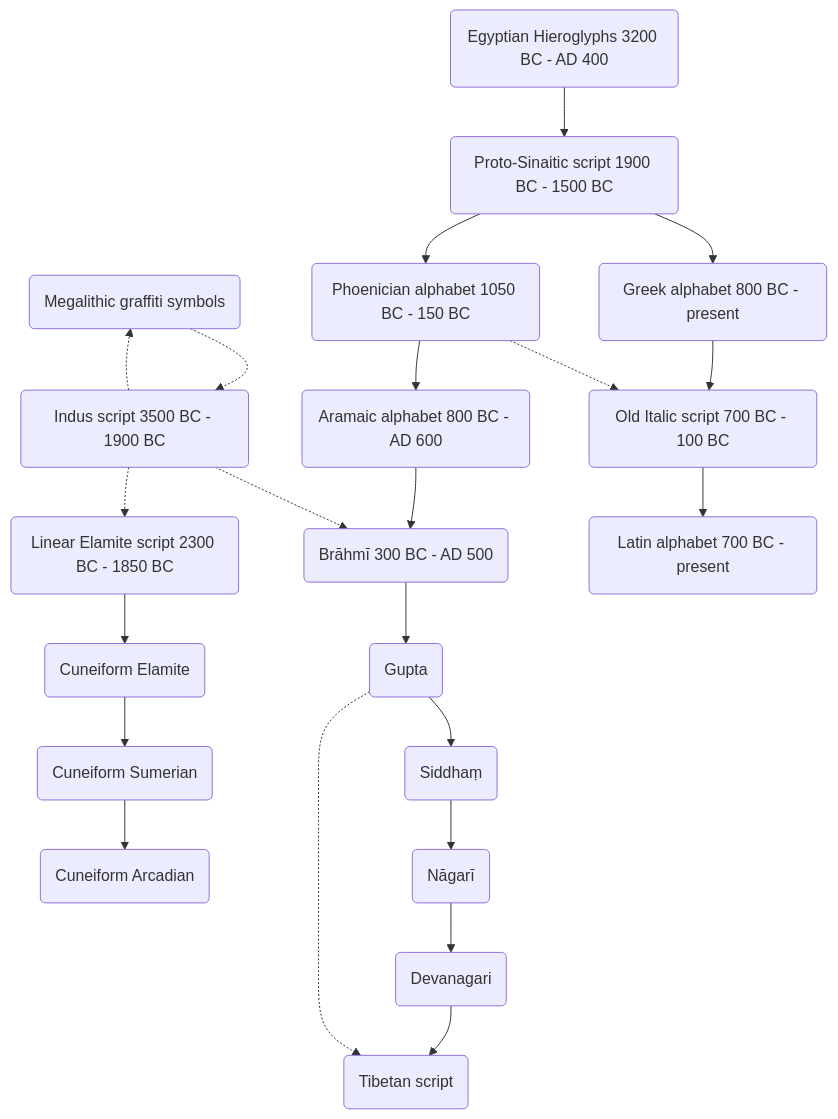
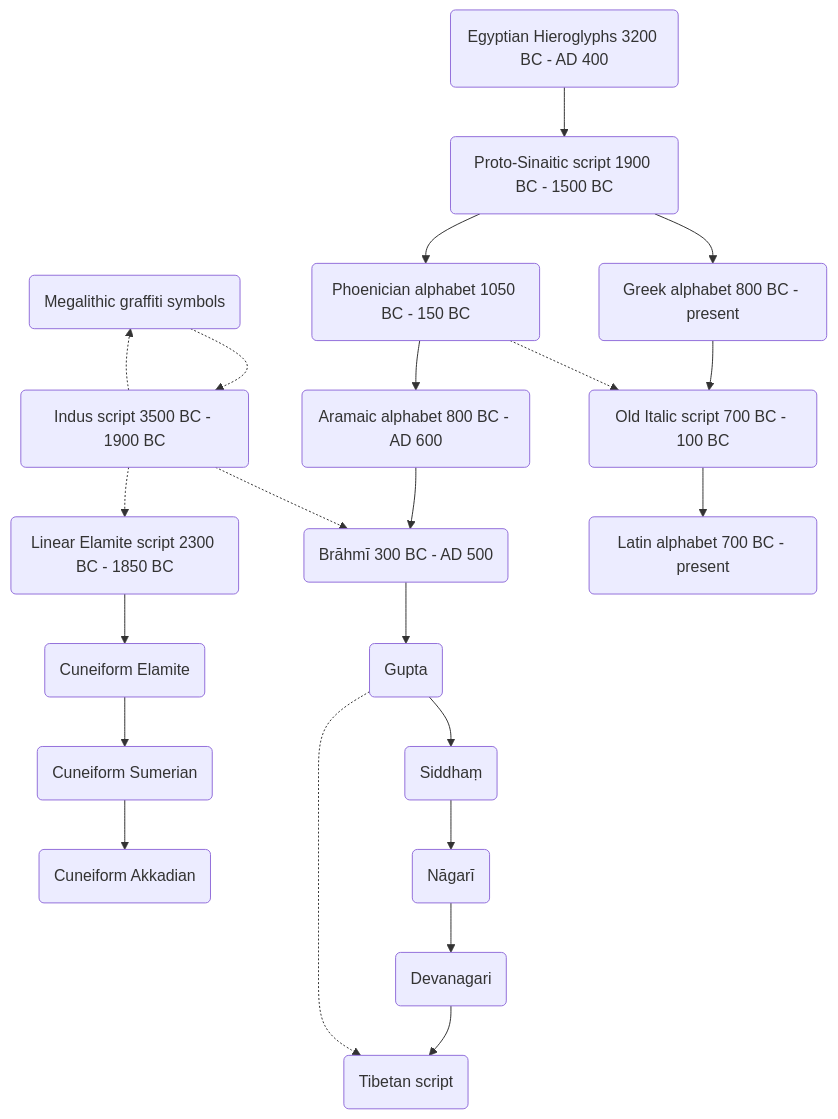
One commit to DigitalTibetan/DigitalTibetan changed the first of 4 diagrams in docs/tibetan_script_history.md. Above: the diagram before and after it, drawn with Mermaid.

````diff
--- a/docs/tibetan_script_history.md
+++ b/docs/tibetan_script_history.md
@@ -34,25 +34,25 @@
 ```{mermaid}
 graph TD;  
 BA(Megalithic graffiti symbols)-.->BB(Indus script 3500 BC - 1900 BC);
 
 CA(Linear Elamite script 2300 BC - 1850 BC)-->CB(Cuneiform Elamite);
 CB-->CD(Cuneiform Sumerian);
-CD-->CE(Cuneiform Arcadian);
+CD-->CE(Cuneiform Akkadian);
 L0A(Egyptian Hieroglyphs 3200 BC - AD 400<br>)-->LA(Proto-Sinaitic script 1900 BC - 1500 BC);
 LA-->LB(Phoenician alphabet 1050 BC - 150 BC);
 LB-->LC(Aramaic alphabet 800 BC - AD 600);
 LC-->LD(Brāhmī 300 BC - AD 500);
 LD-->LE(Gupta);
 LE-->LF(Siddhaṃ);
 LF-->LG(Nāgarī);
 LG-->LH(Devanagari);
 LH-->LI(Tibetan script);
 LA-->LK(Greek alphabet 800 BC - present);
 LK-->LL(Old Italic script 700 BC - 100 BC);
 LL-->LM(Latin alphabet 700 BC - present);
 BB-.->LD;
 BB-.->BA;
 BB-.->CA;
 LB-.->LL;
 LE-.->LI;
 ```
````
